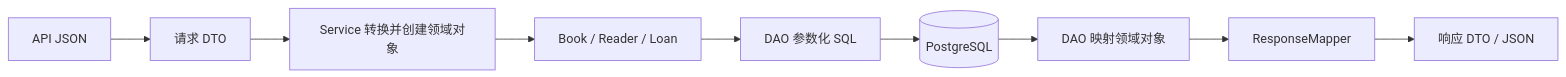
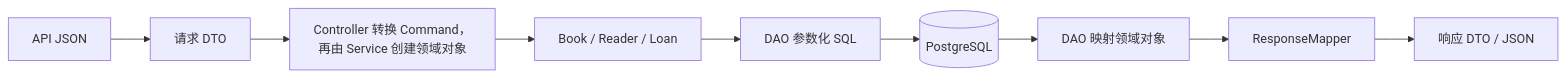
The sixth of 7 diagrams in README.md (wueyue/library-management), drawn with Mermaid before and after one commit. The commit also changed other lines of this file and 21 other files, not shown here.

````diff
--- a/README.md
+++ b/README.md
@@ -705,11 +713,11 @@
 ```mermaid
 flowchart LR
     A[API JSON] --> B[请求 DTO]
-    B --> C[Service 转换并创建领域对象]
+    B --> C[Controller 转换 Command，再由 Service 创建领域对象]
     C --> D[Book / Reader / Loan]
     D --> E[DAO 参数化 SQL]
     E --> F[(PostgreSQL)]
     F --> G[DAO 映射领域对象]
     G --> H[ResponseMapper]
     H --> I[响应 DTO / JSON]
 ```
````
